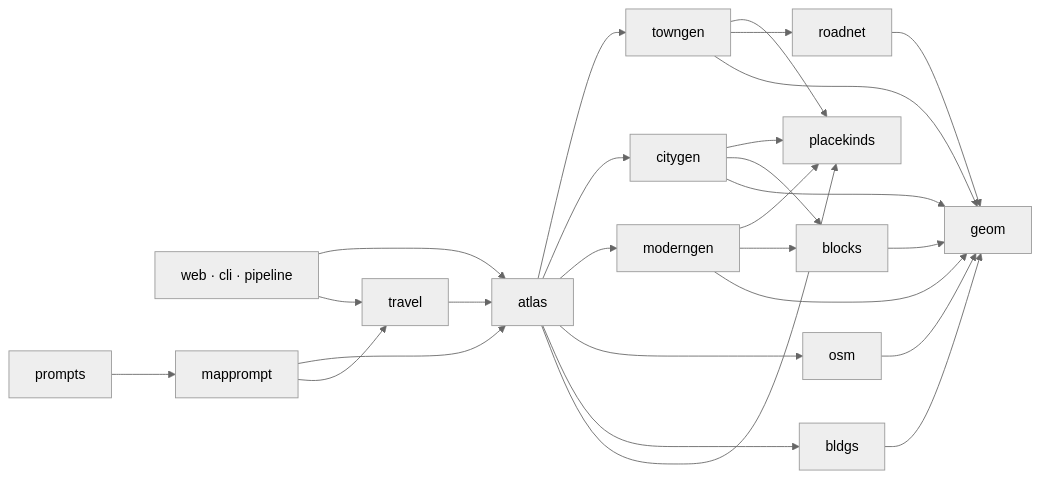
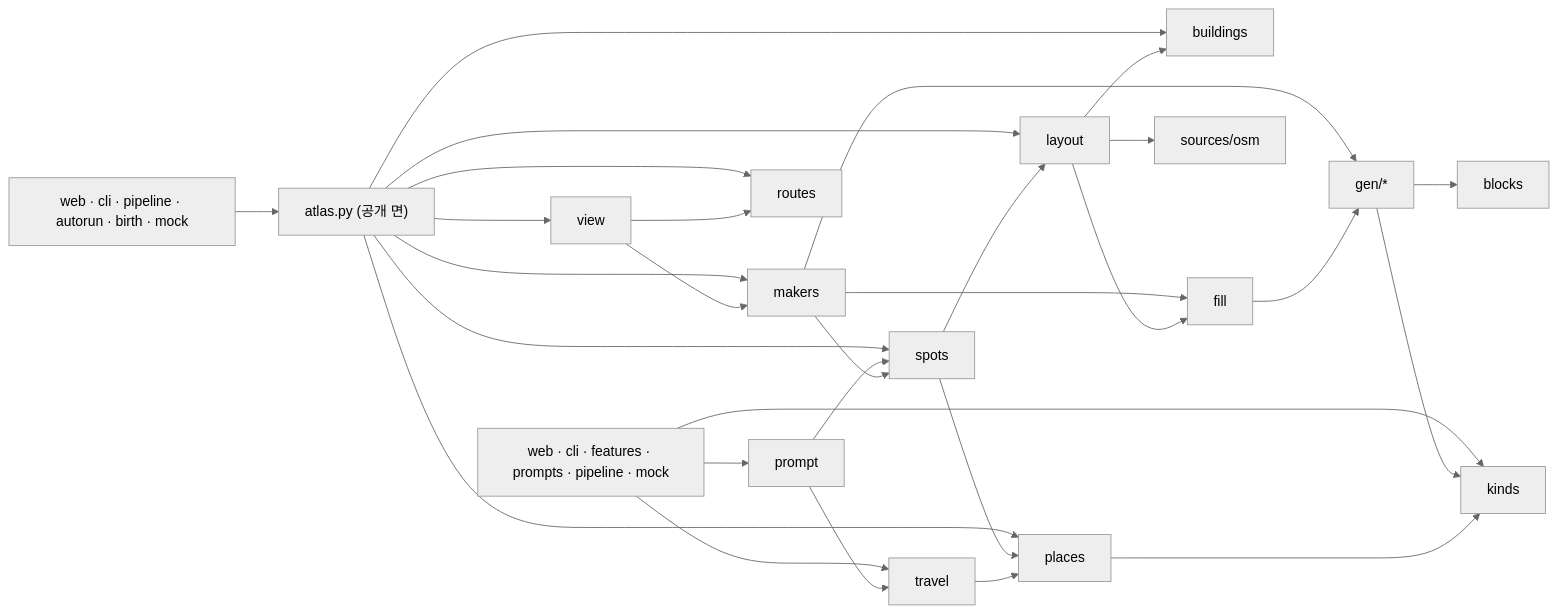
Before and after one commit to c10dev/canon: the first of 2 diagrams in docs/map/modules.md, drawn with Mermaid (neutral theme). The commit also changed other lines of this file and 10 other files, not shown here.

````diff
--- a/docs/map/modules.md
+++ b/docs/map/modules.md
@@ -38,13 +42,15 @@
 ```mermaid
 flowchart LR
-  outside["web · cli · pipeline"] --> atlas
-  outside --> travel
-  prompts --> mapprompt
-  mapprompt --> atlas & travel
-  travel --> atlas
-  atlas --> towngen & citygen & moderngen & osm & bldgs & placekinds
-  towngen & citygen & moderngen --> placekinds
-  citygen & moderngen --> blocks
-  towngen --> roadnet
-  towngen & citygen & moderngen & osm & bldgs & roadnet & blocks --> geom
+  outside["web · cli · pipeline · autorun · birth · mock"] --> atlas["atlas.py (공개 면)"]
+  outside2["web · cli · features · prompts · pipeline · mock"] --> travel & kinds & prompt
+  atlas --> view & makers & spots & layout & routes & places & buildings
+  view --> makers & routes
+  prompt --> travel & spots
+  makers --> spots & gen["gen/*"] & fill
+  spots --> layout & places
+  travel --> places
+  layout --> fill & buildings & osm["sources/osm"]
+  fill --> gen
+  gen --> blocks & kinds
+  places --> kinds
 ```
````
